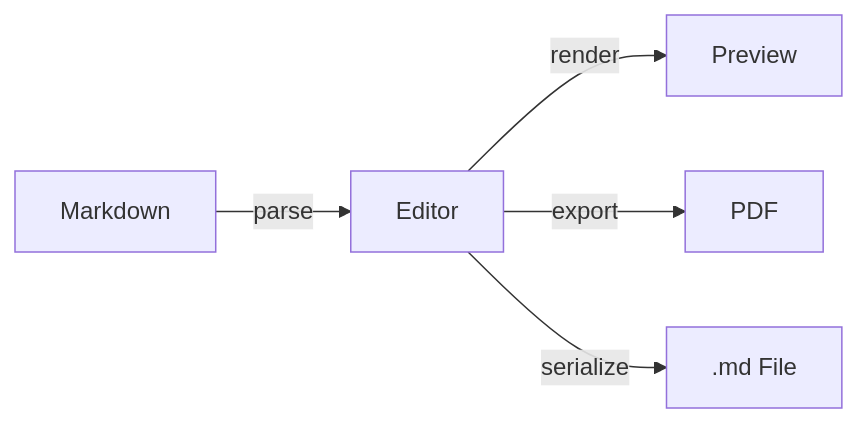
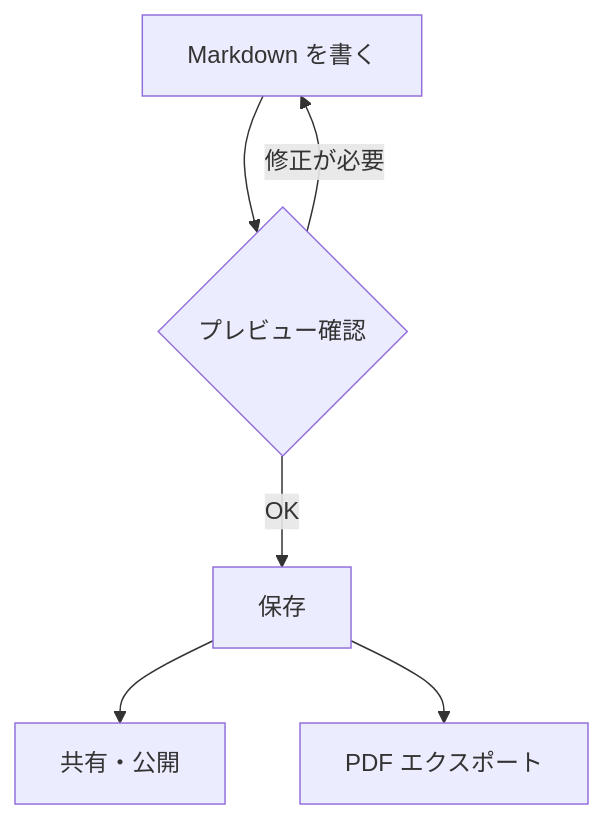
The first of 2 diagrams in packages/editor-core/src/constants/templates/markdownAll.md (kiyotaka-ueda/anytime-markdown), drawn with Mermaid before and after one commit. The commit also changed other lines of this file and 3 other files, not shown here.

First line of the commit message:
feat(editor-core): Welcome テンプレート改善・Markdown All テンプレート刷新

````diff
--- a/packages/editor-core/src/constants/templates/markdownAll.md
+++ b/packages/editor-core/src/constants/templates/markdownAll.md
@@ -97,15 +150,8 @@
 ```mermaid
-flowchart LR
-    %% ノード定義
-    A["Markdown"]
-    B["Editor"]
-    C["Preview"]
-    D["PDF"]
-    E[".md File"]
-
-    %% 接続定義
-    A -->|"parse"| B
-    B -->|"render"| C
-    B -->|"export"| D
-    B -->|"serialize"| E
+flowchart TD
+    A["Markdown を書く"] --> B{"プレビュー確認"}
+    B -->|"OK"| C["保存"]
+    B -->|"修正が必要"| A
+    C --> D["共有・公開"]
+    C --> E["PDF エクスポート"]
 ```
````
